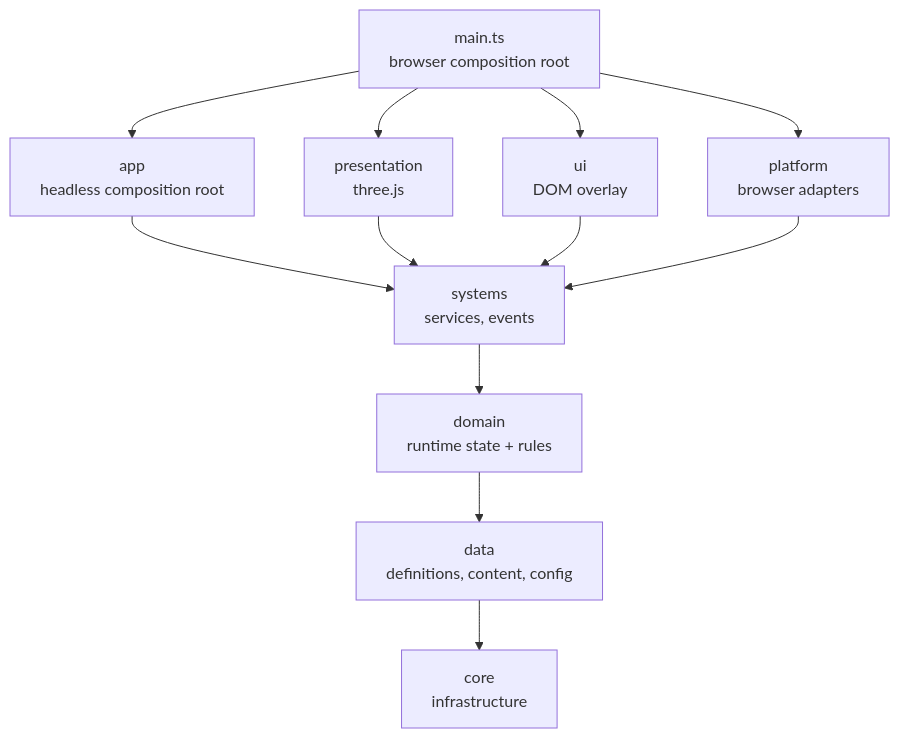
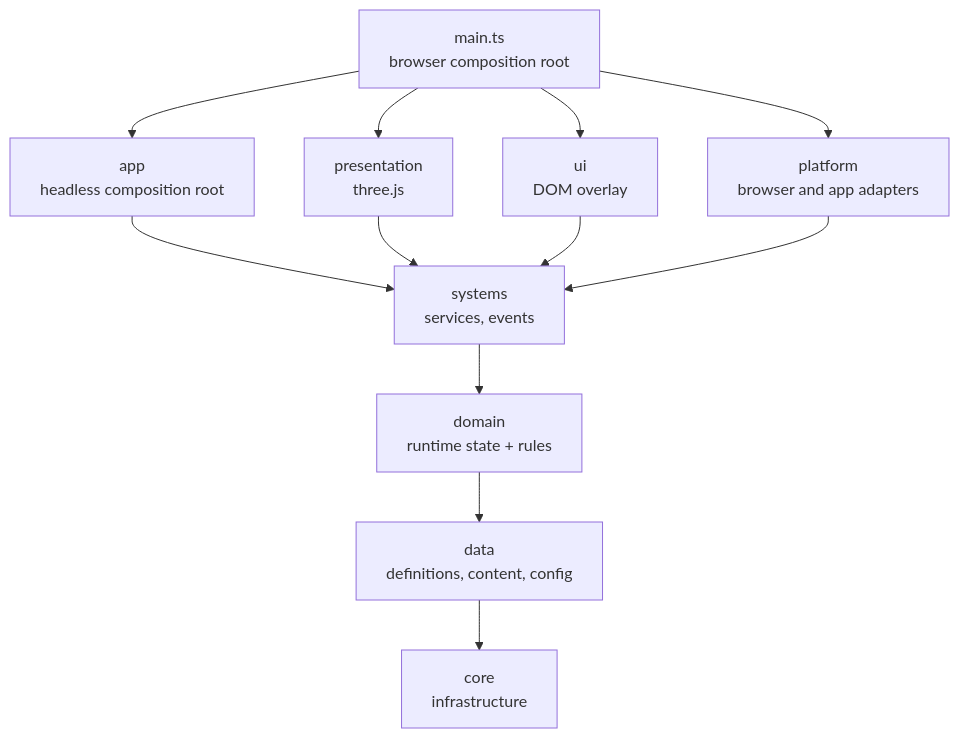
One commit to keremcan534/roadhaul changed the diagram in ARCHITECTURE.md. Above: the diagram before and after it, drawn with Mermaid. The commit also changed other lines of this file and 4 other files, not shown here.

First line of the commit message:
docs: document the Android app (roadmap step 28)

````diff
--- a/ARCHITECTURE.md
+++ b/ARCHITECTURE.md
@@ -18,24 +18,24 @@
 ```mermaid
 flowchart TD
   core[core<br/>infrastructure]
   data[data<br/>definitions, content, config]
   domain[domain<br/>runtime state + rules]
   systems[systems<br/>services, events]
   app[app<br/>headless composition root]
   presentation[presentation<br/>three.js]
   ui[ui<br/>DOM overlay]
-  platform[platform<br/>browser adapters]
+  platform[platform<br/>browser and app adapters]
   entry[main.ts<br/>browser composition root]
 
   data --> core
   domain --> data
   systems --> domain
   app --> systems
   presentation --> systems
   ui --> systems
   platform --> systems
   entry --> app
   entry --> presentation
   entry --> ui
   entry --> platform
 ```
````
